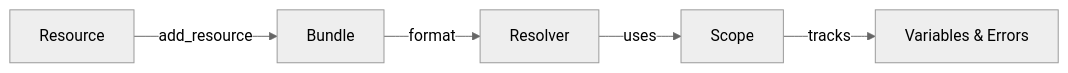
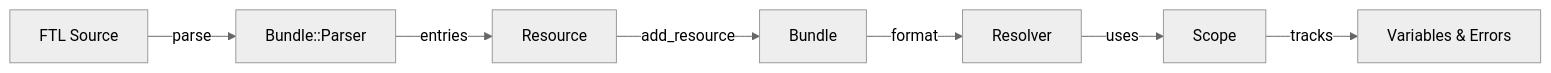
The first of 2 diagrams in doc/bundle-system.md (sakuro/foxtail), drawn with Mermaid (neutral theme) before and after one commit. The commit also changed other lines of this file, not shown here.

Commit message:
:memo: Update bundle-system.md with Bundle::Parser in architecture
- Clarify that Bundle::Parser parses FTL directly (not converts)
- Add Bundle::Parser to architecture diagram

````diff
--- a/doc/bundle-system.md
+++ b/doc/bundle-system.md
@@ -9,7 +9,9 @@
 ```mermaid
 flowchart LR
+    FTL[FTL Source] --> |parse| Parser[Bundle::Parser]
+    Parser --> |entries| Resource
     Resource --> |add_resource| Bundle
     Bundle --> |format| Resolver
     Resolver --> |uses| Scope
     Scope --> |tracks| Variables[Variables & Errors]
 ```
````
